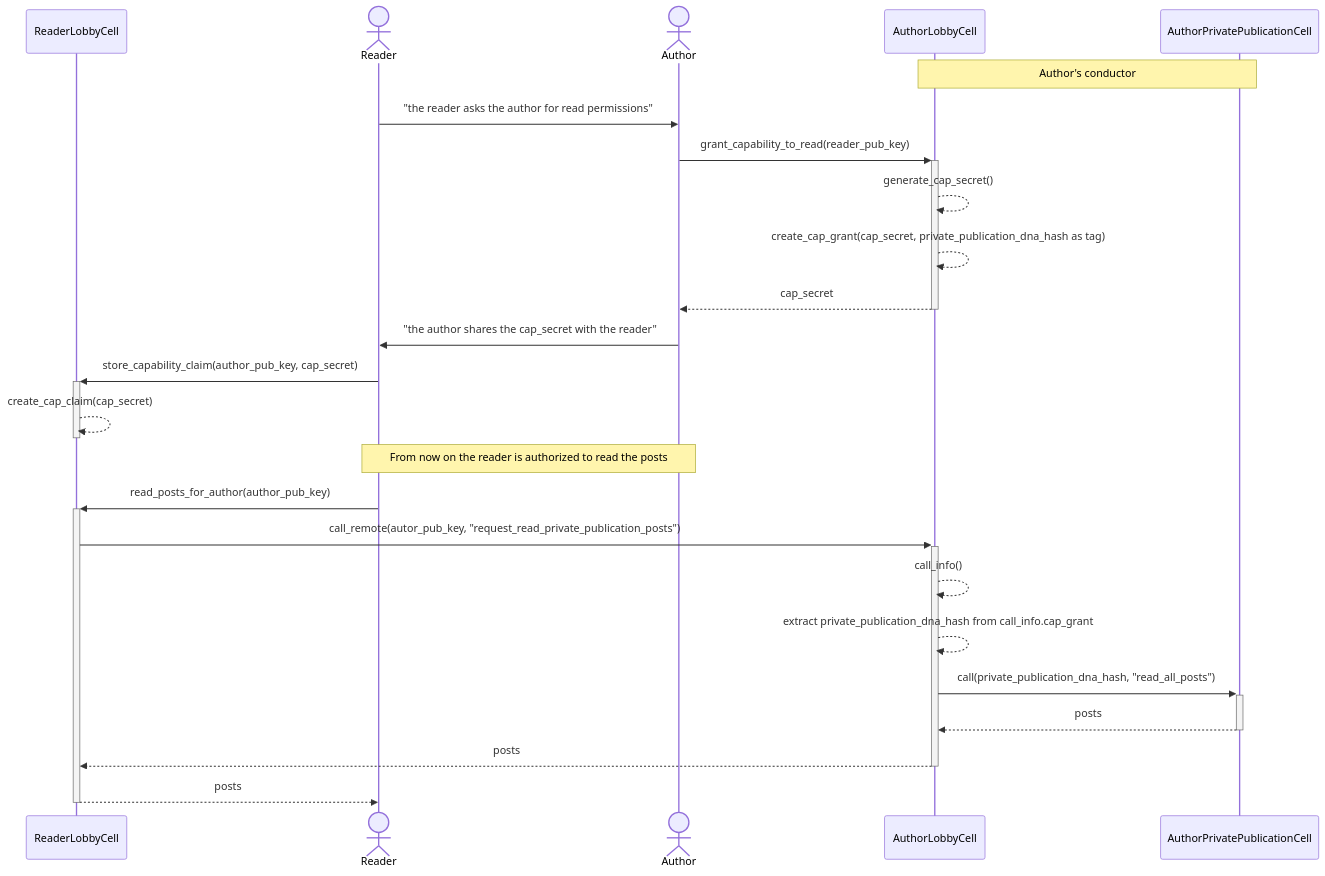
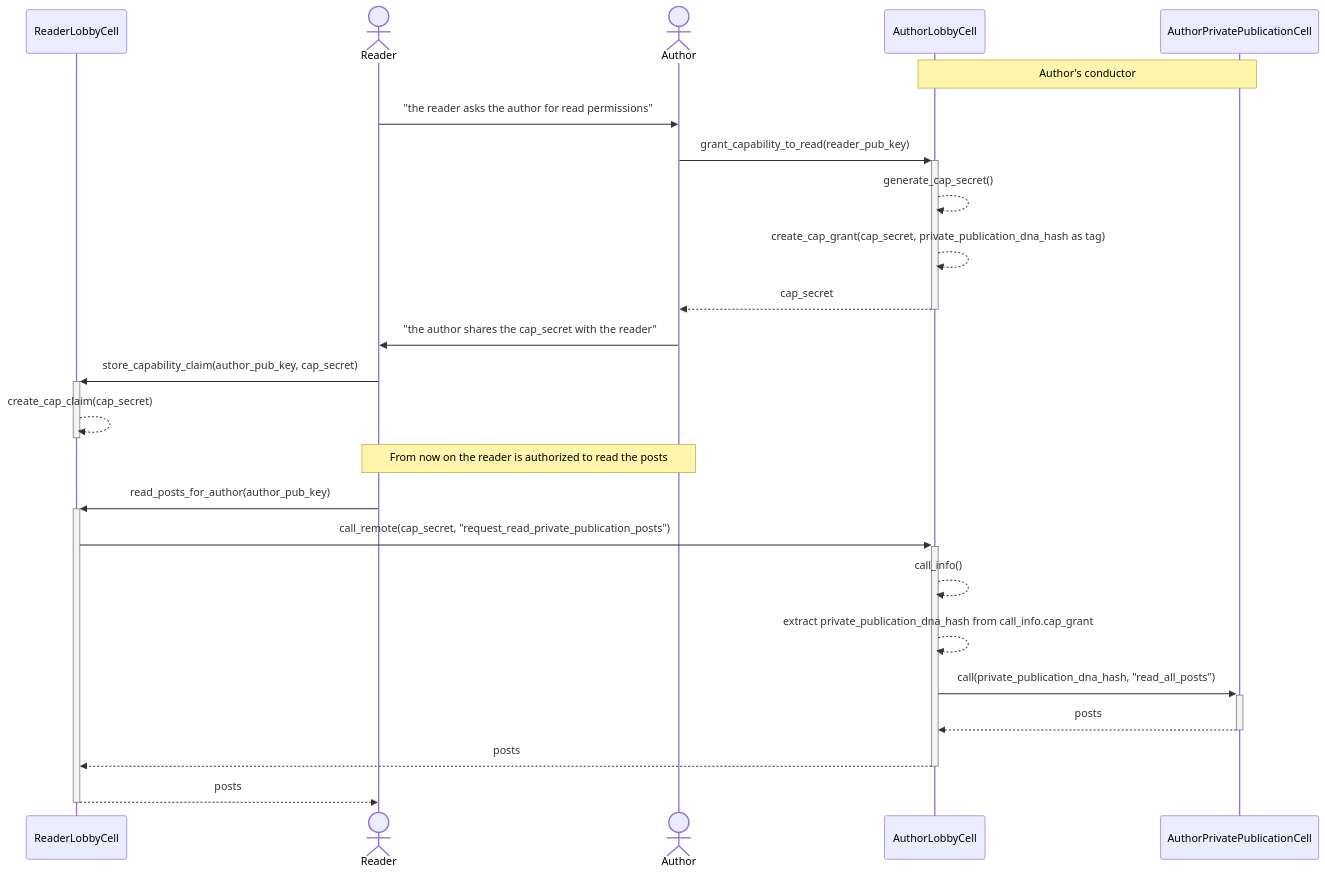
The diagram in EXERCISES.md (holochain-immersive/private-publication), drawn with Mermaid before and after one commit. The commit also changed 1 other file, not shown here.

Commit message:
Small fix diagram

````diff
--- a/EXERCISES.md
+++ b/EXERCISES.md
@@ -67,28 +67,28 @@
 ```mermaid
 sequenceDiagram
 
 participant ReaderLobbyCell
 actor Reader
 actor Author
 participant AuthorLobbyCell
 participant AuthorPrivatePublicationCell
 
 Note over AuthorLobbyCell,AuthorPrivatePublicationCell: Author's conductor
 Reader->>Author: "the reader asks the author for read permissions"
 Author->>+AuthorLobbyCell: grant_capability_to_read(reader_pub_key)
 AuthorLobbyCell-->>AuthorLobbyCell: generate_cap_secret()
 AuthorLobbyCell-->>AuthorLobbyCell: create_cap_grant(cap_secret, private_publication_dna_hash as tag)
 AuthorLobbyCell-->>-Author: cap_secret
 Author->>Reader: "the author shares the cap_secret with the reader"
 Reader->>+ReaderLobbyCell: store_capability_claim(author_pub_key, cap_secret)
 ReaderLobbyCell-->>-ReaderLobbyCell: create_cap_claim(cap_secret)
 Note over Author,Reader: From now on the reader is authorized to read the posts
 Reader->>+ReaderLobbyCell: read_posts_for_author(author_pub_key)
-ReaderLobbyCell->>+AuthorLobbyCell: call_remote(autor_pub_key, "request_read_private_publication_posts")
+ReaderLobbyCell->>+AuthorLobbyCell: call_remote(cap_secret, "request_read_private_publication_posts")
 AuthorLobbyCell-->>AuthorLobbyCell: call_info()
 AuthorLobbyCell-->>AuthorLobbyCell: extract private_publication_dna_hash from call_info.cap_grant
 AuthorLobbyCell->>+AuthorPrivatePublicationCell: call(private_publication_dna_hash, "read_all_posts")
 AuthorPrivatePublicationCell-->>-AuthorLobbyCell: posts
 AuthorLobbyCell-->>-ReaderLobbyCell: posts
 ReaderLobbyCell-->>-Reader: posts
 ```
````
